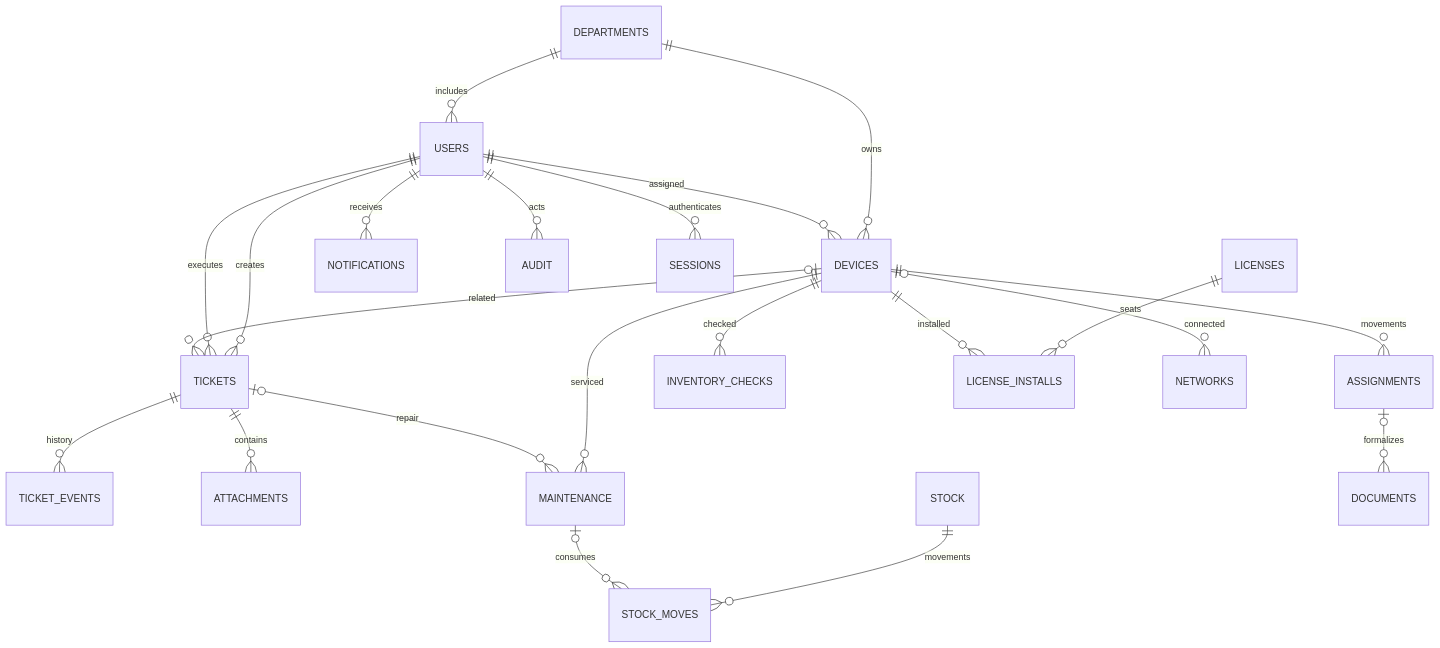
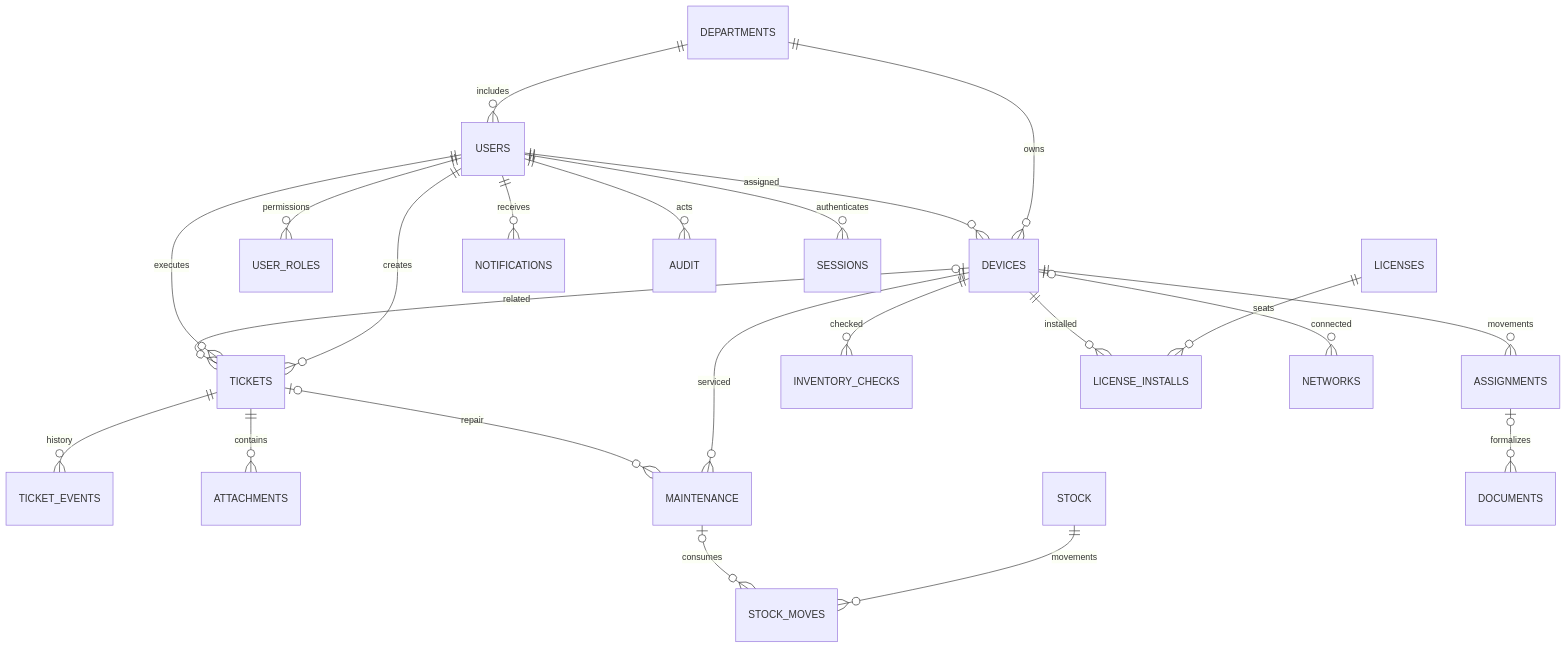
One commit to azaamaniyaz-cell/rttm changed the second of 2 diagrams in docs/02-arxitektura.md. Above: the diagram before and after it, drawn with Mermaid. The commit also changed other lines of this file and 20 other files, not shown here.

````diff
--- a/docs/02-arxitektura.md
+++ b/docs/02-arxitektura.md
@@ -24,24 +24,25 @@
 ```mermaid
 erDiagram
     DEPARTMENTS ||--o{ USERS : includes
     DEPARTMENTS ||--o{ DEVICES : owns
+    USERS ||--o{ USER_ROLES : permissions
     USERS ||--o{ DEVICES : assigned
     USERS ||--o{ TICKETS : creates
     USERS ||--o{ TICKETS : executes
     DEVICES o|--o{ TICKETS : related
     TICKETS ||--o{ TICKET_EVENTS : history
     TICKETS ||--o{ ATTACHMENTS : contains
     DEVICES ||--o{ ASSIGNMENTS : movements
     DEVICES ||--o{ INVENTORY_CHECKS : checked
     DEVICES ||--o{ MAINTENANCE : serviced
     TICKETS o|--o{ MAINTENANCE : repair
     STOCK ||--o{ STOCK_MOVES : movements
     MAINTENANCE o|--o{ STOCK_MOVES : consumes
     LICENSES ||--o{ LICENSE_INSTALLS : seats
     DEVICES ||--o{ LICENSE_INSTALLS : installed
     DEVICES o|--o{ NETWORKS : connected
     ASSIGNMENTS o|--o{ DOCUMENTS : formalizes
     USERS ||--o{ NOTIFICATIONS : receives
     USERS ||--o{ AUDIT : acts
     USERS ||--o{ SESSIONS : authenticates
 ```
````
